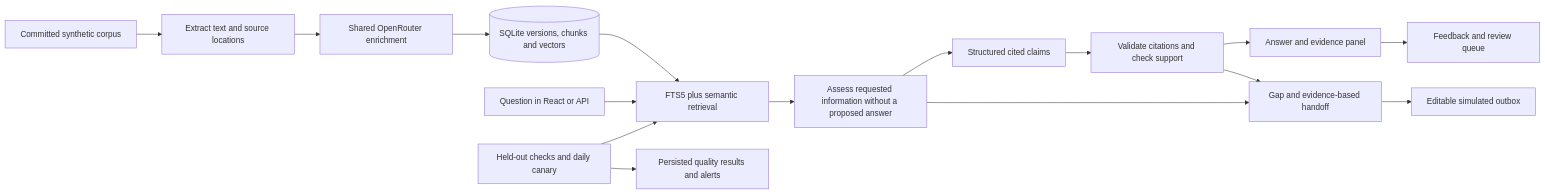
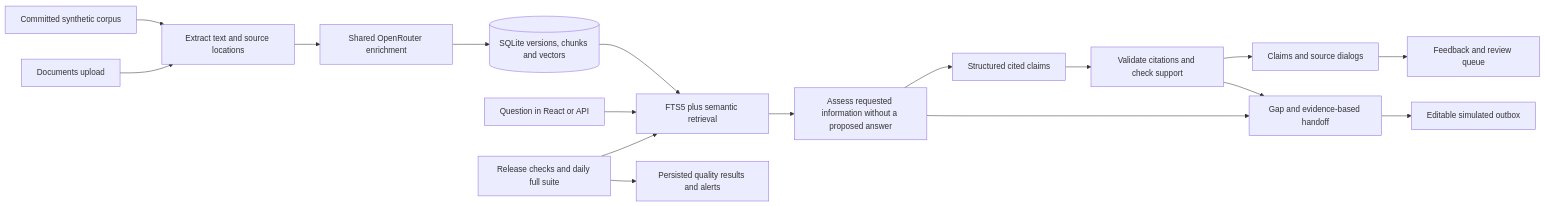
Before and after one commit to sanigak/teradyne-takehome: the diagram in docs/ARCHITECTURE.md, drawn with Mermaid. The commit also changed other lines of this file and 140 other files, not shown here.

````diff
--- a/docs/ARCHITECTURE.md
+++ b/docs/ARCHITECTURE.md
@@ -3,18 +3,19 @@
 ```mermaid
 flowchart LR
   A[Committed synthetic corpus] --> B[Extract text and source locations]
+  W[Documents upload] --> B
   B --> C[Shared OpenRouter enrichment]
   C --> D[(SQLite versions, chunks and vectors)]
   Q[Question in React or API] --> R[FTS5 plus semantic retrieval]
   D --> R
   R --> P[Assess requested information without a proposed answer]
   P --> G[Structured cited claims]
   P --> H[Gap and evidence-based handoff]
   G --> V[Validate citations and check support]
-  V --> U[Answer and evidence panel]
+  V --> U[Claims and source dialogs]
   V --> H[Gap and evidence-based handoff]
   U --> F[Feedback and review queue]
   H --> O[Editable simulated outbox]
-  E[Held-out checks and daily canary] --> R
+  E[Release checks and daily full suite] --> R
   E --> M[Persisted quality results and alerts]
 ```
````
